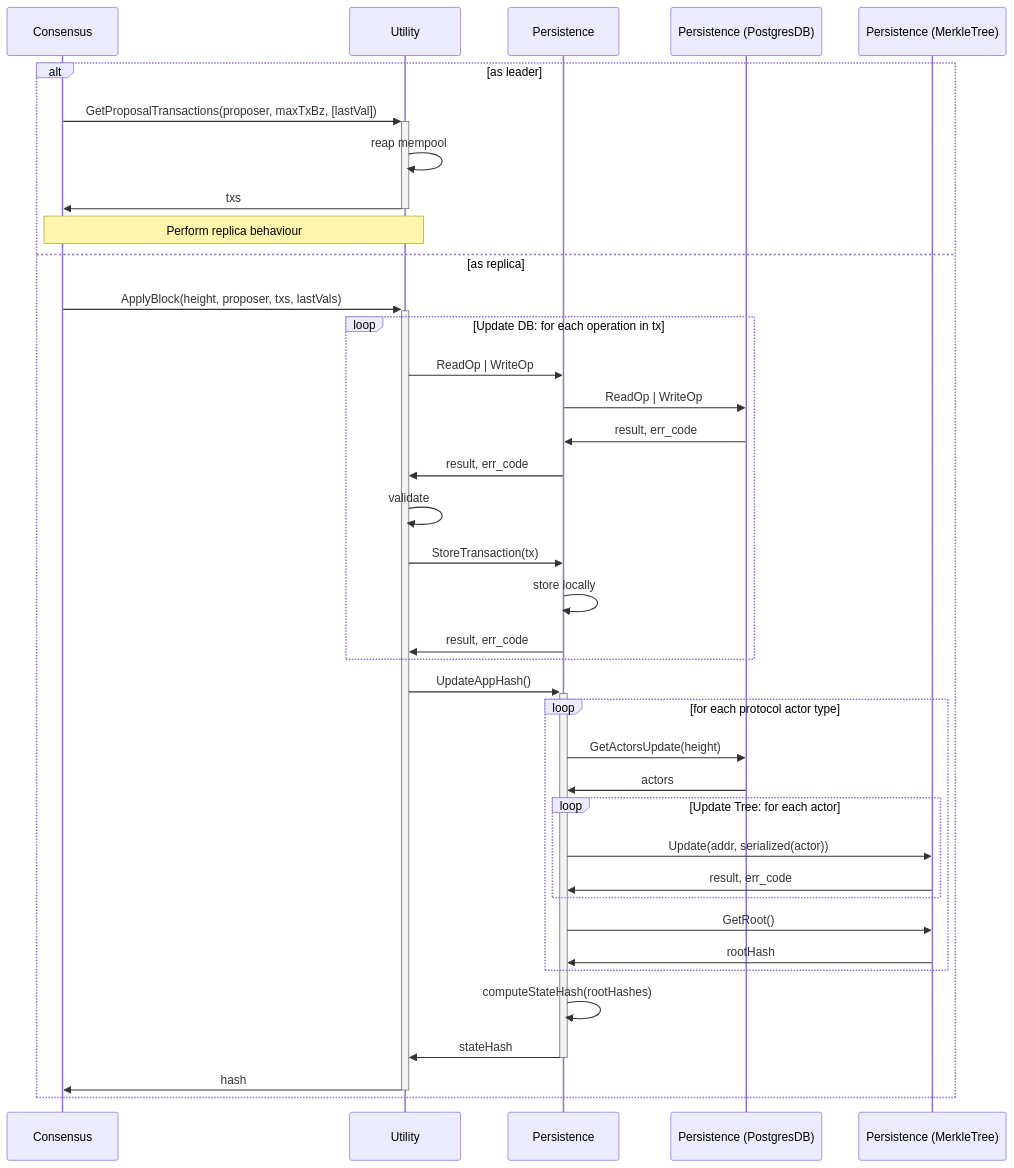
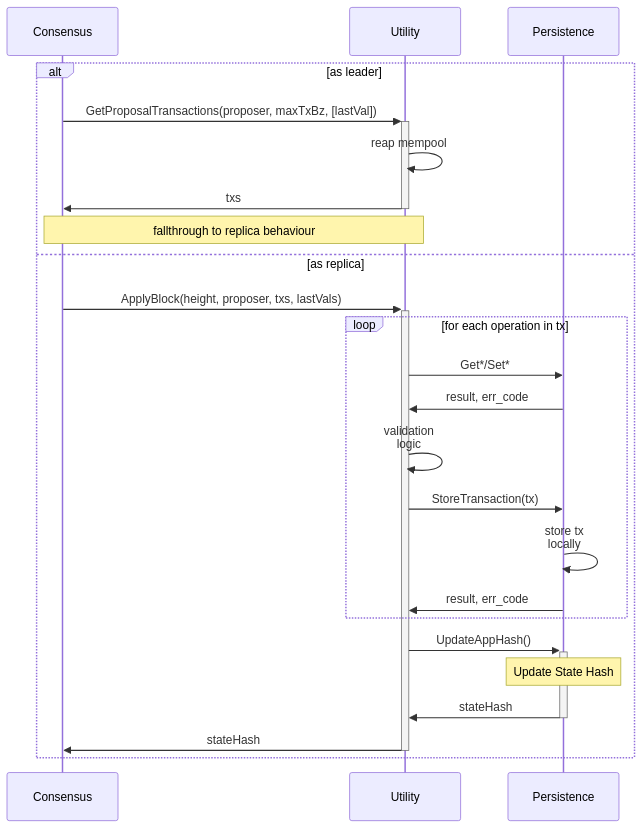
One commit to pokt-network/pocket changed the second of 3 diagrams in shared/docs/flows/AppHash.md. Above: the diagram before and after it, drawn with Mermaid. The commit also changed other lines of this file and 1 other file, not shown here.

Commit message:
Split and update the sequence diagrams

````diff
--- a/shared/docs/flows/AppHash.md
+++ b/shared/docs/flows/AppHash.md
@@ -41,41 +41,27 @@
 ```mermaid
 sequenceDiagram
     participant C as Consensus
     participant U as Utility
     participant P as Persistence
-    participant PP as Persistence (PostgresDB)
-    participant PM as Persistence (MerkleTree)
 
     alt as leader
         C->>+U: GetProposalTransactions(proposer, maxTxBz, [lastVal])
         U->>U: reap mempool
         U->>-C: txs
-        Note over C, U: Perform replica behaviour
+        Note over C, U: fallthrough to replica behaviour
     else as replica
         C->>+U: ApplyBlock(height, proposer, txs, lastVals)
-        loop Update DB: for each operation in tx
-            U->>P: ReadOp | WriteOp
-            P->>PP: ReadOp | WriteOp
-            PP->>P: result, err_code
+        loop for each operation in tx
+            U->>P: Get*/Set*
             P->>U: result, err_code
-            U->>U: validate
+            U->>U: validation<br>logic
             U->>P: StoreTransaction(tx)
-            P->>P: store locally
+            P->>P: store tx<br>locally
             P->>U: result, err_code
         end
         U->>+P: UpdateAppHash()
-        loop for each protocol actor type
-            P->>PP: GetActorsUpdate(height)
-            PP->>P: actors
-            loop Update Tree: for each actor
-                P->>PM: Update(addr, serialized(actor))
-                PM->>P: result, err_code
-            end
-            P->>PM: GetRoot()
-            PM->>P: rootHash
-        end
-        P->>P: computeStateHash(rootHashes)
+        Note over P: Update State Hash
         P->>-U: stateHash
-        U->>-C: hash
+        U->>-C: stateHash
     end
 ```
````
